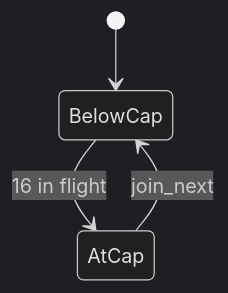
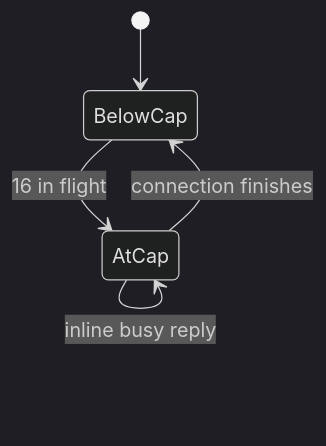
One commit to wrkhse/tack changed the first of 4 diagrams in docs/audits/v1.md. Above: the diagram before and after it, drawn with Mermaid (dark theme). The commit also changed other lines of this file and 18 other files, not shown here.

````diff
--- a/docs/audits/v1.md
+++ b/docs/audits/v1.md
@@ -107,6 +121,7 @@
 ```mermaid
 stateDiagram-v2
     [*] --> BelowCap
     BelowCap --> AtCap: 16 in flight
-    AtCap --> BelowCap: join_next
+    AtCap --> BelowCap: connection finishes
+    AtCap --> AtCap: inline busy reply
 ```
````
